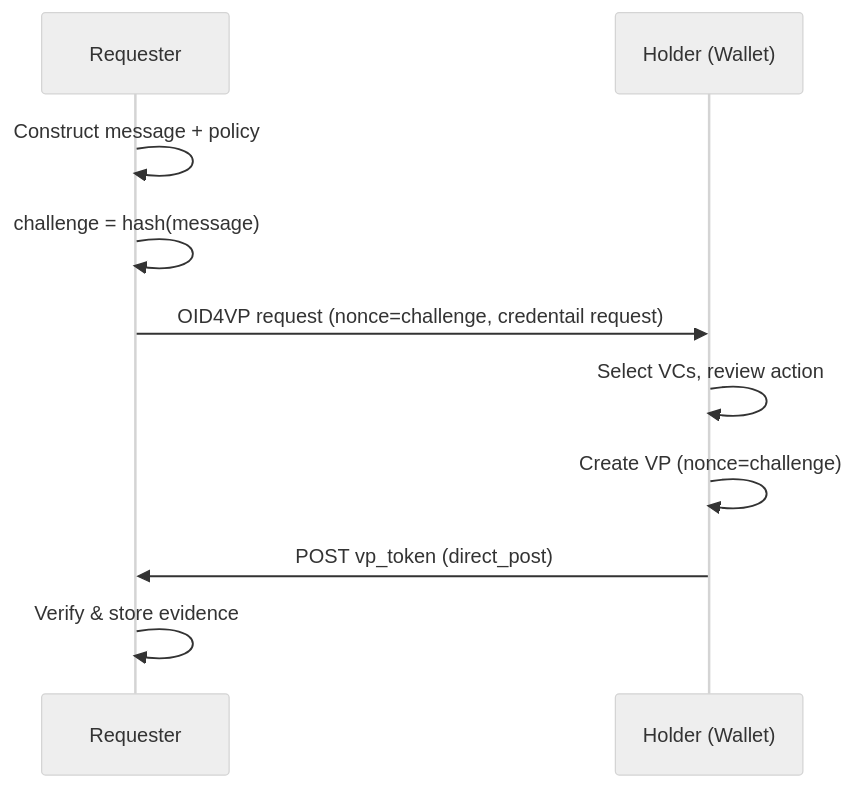
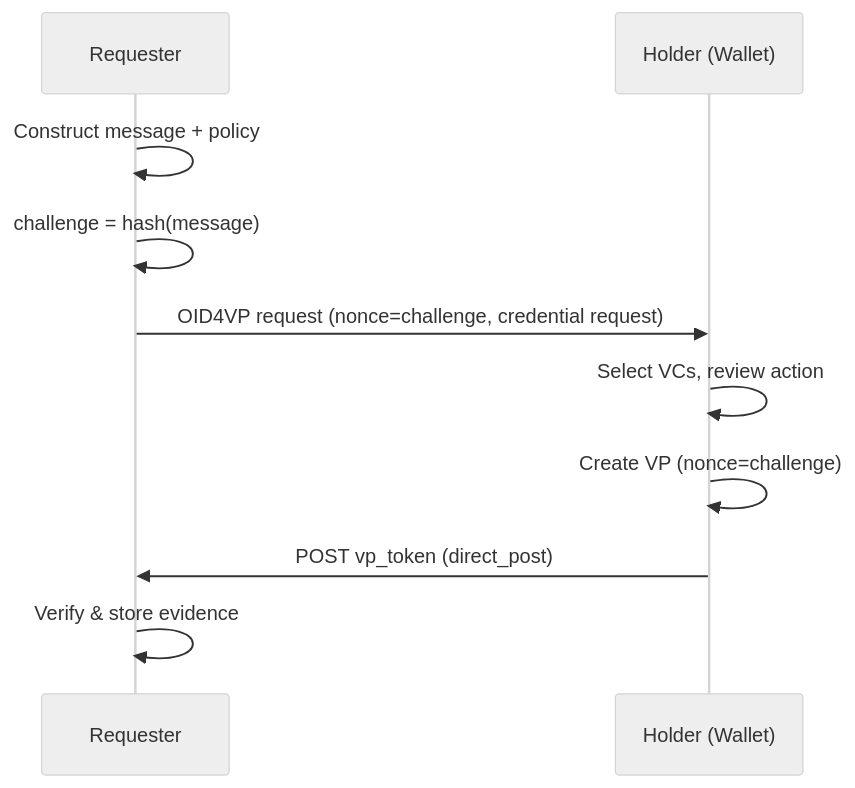
One commit to ASCS-eV/EVES changed the diagram in EVES/EVES-009/eves-009.md. Above: the diagram before and after it, drawn with Mermaid (neutral theme). The commit also changed other lines of this file, not shown here.

````diff
--- a/EVES/EVES-009/eves-009.md
+++ b/EVES/EVES-009/eves-009.md
@@ -116,13 +120,13 @@
 ```mermaid
 sequenceDiagram
     participant R as Requester
     participant H as Holder (Wallet)
 
     R->>R: Construct message + policy
     R->>R: challenge = hash(message)
-    R->>H: OID4VP request (nonce=challenge, credentail request)
+    R->>H: OID4VP request (nonce=challenge, credential request)
     H->>H: Select VCs, review action
     H->>H: Create VP (nonce=challenge)
     H->>R: POST vp_token (direct_post)
     R->>R: Verify & store evidence
 ```
````
